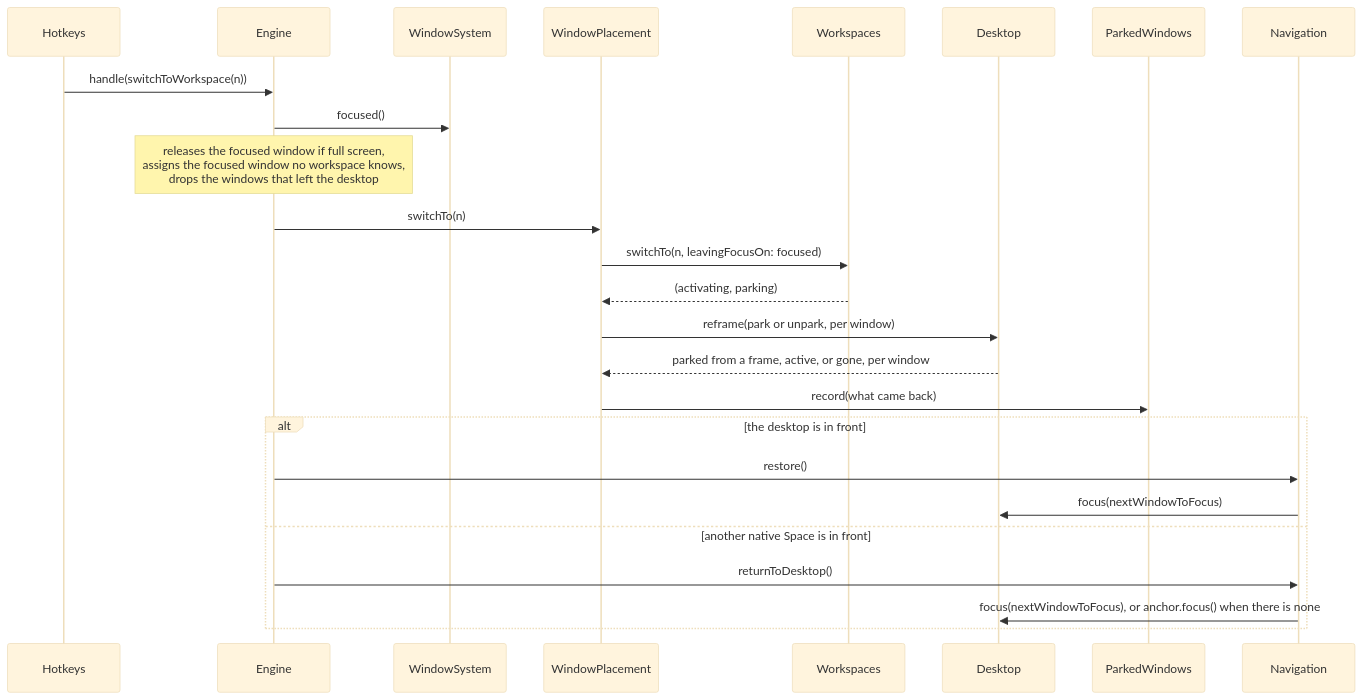
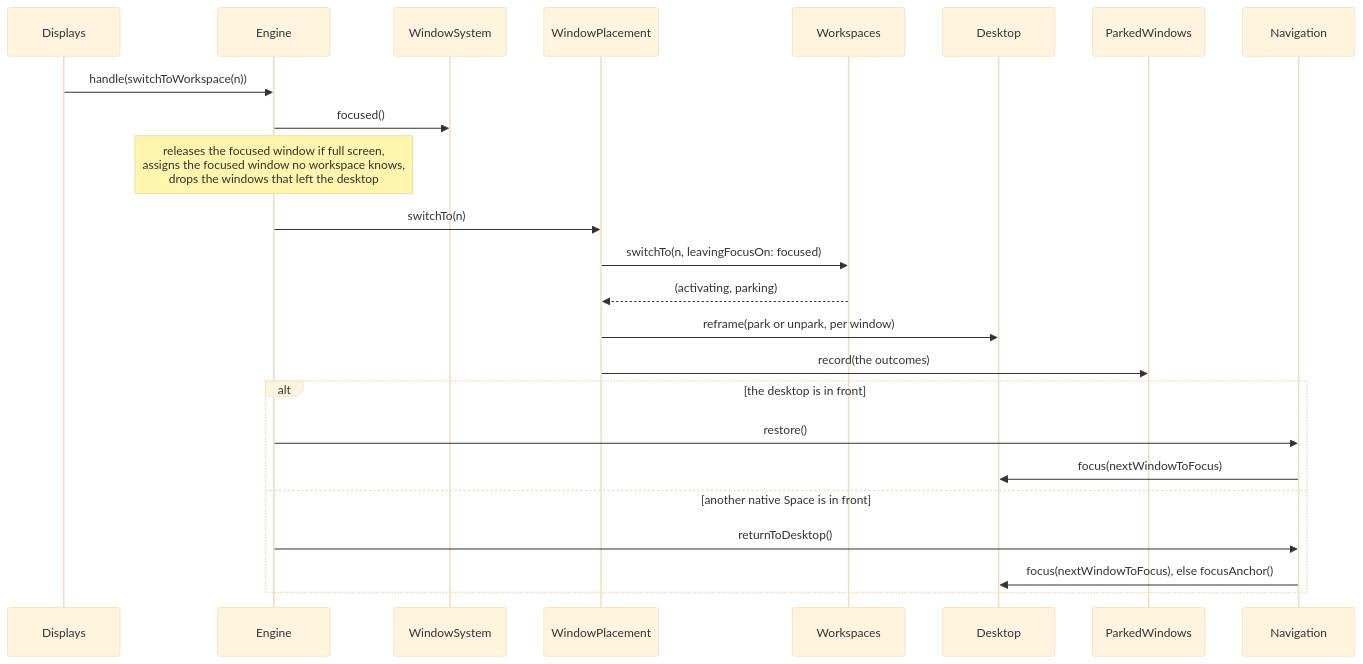
Before and after one commit to brennovich/ottowm: diagram 11 of 25 in ARCHITECTURE.md, drawn with Mermaid (base theme). The commit also changed other lines of this file and 71 other files, not shown here.

First line of the commit message:
Run one engine and one Pager per display

````diff
--- a/ARCHITECTURE.md
+++ b/ARCHITECTURE.md
@@ -268,19 +303,18 @@
 ```mermaid
 sequenceDiagram
-    Hotkeys->>Engine: handle(switchToWorkspace(n))
+    Displays->>Engine: handle(switchToWorkspace(n))
     Engine->>WindowSystem: focused()
     Note over Engine: releases the focused window if full screen,<br/>assigns the focused window no workspace knows,<br/>drops the windows that left the desktop
     Engine->>WindowPlacement: switchTo(n)
     WindowPlacement->>Workspaces: switchTo(n, leavingFocusOn: focused)
     Workspaces-->>WindowPlacement: (activating, parking)
     WindowPlacement->>Desktop: reframe(park or unpark, per window)
-    Desktop-->>WindowPlacement: parked from a frame, active, or gone, per window
-    WindowPlacement->>ParkedWindows: record(what came back)
+    WindowPlacement->>ParkedWindows: record(the outcomes)
     alt the desktop is in front
         Engine->>Navigation: restore()
         Navigation->>Desktop: focus(nextWindowToFocus)
     else another native Space is in front
         Engine->>Navigation: returnToDesktop()
-        Navigation->>Desktop: focus(nextWindowToFocus), or anchor.focus() when there is none
+        Navigation->>Desktop: focus(nextWindowToFocus), else focusAnchor()
     end
 ```
````
